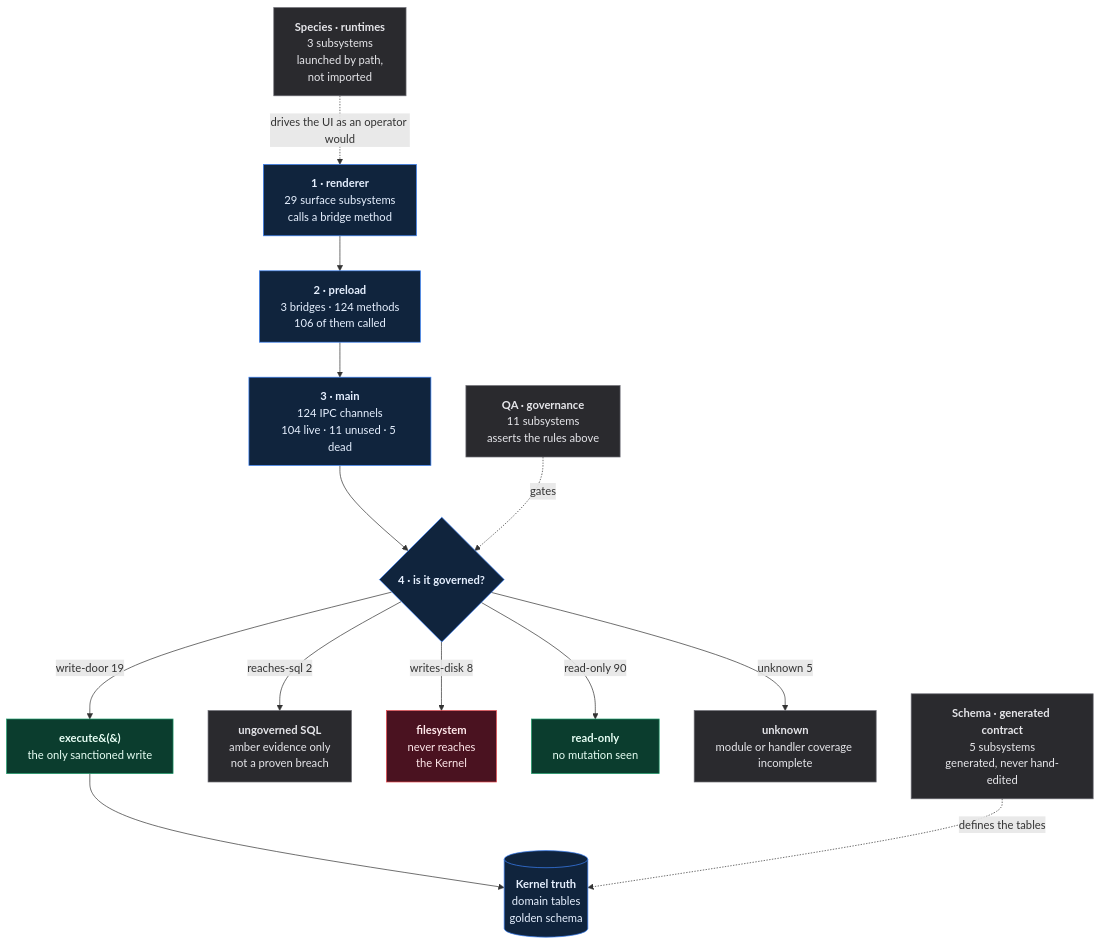
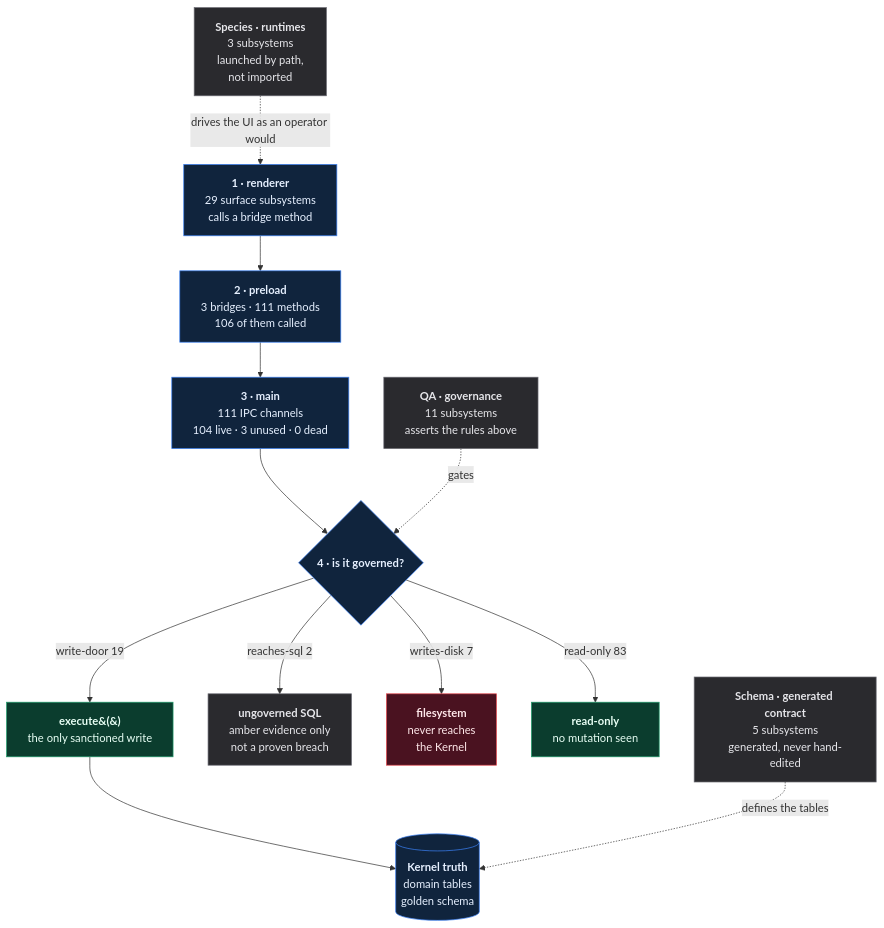
The diagram in qf-atlas/ATLAS.md (SidNig21/QuantFlow-Ontology), drawn with Mermaid before and after one commit. The commit also changed other lines of this file and 13 other files, not shown here.

````diff
--- a/qf-atlas/ATLAS.md
+++ b/qf-atlas/ATLAS.md
@@ -32,37 +32,35 @@
 ```mermaid
 flowchart TD
   R["<b>1 · renderer</b><br/>29 surface subsystems<br/>calls a bridge method"]
-  P["<b>2 · preload</b><br/>3 bridges · 124 methods<br/>106 of them called"]
-  M["<b>3 · main</b><br/>124 IPC channels<br/>104 live · 11 unused · 5 dead"]
+  P["<b>2 · preload</b><br/>3 bridges · 111 methods<br/>106 of them called"]
+  M["<b>3 · main</b><br/>111 IPC channels<br/>104 live · 3 unused · 0 dead"]
   H{"<b>4 · is it governed?</b>"}
   E["<b>execute&#40;&#41;</b><br/>the only sanctioned write"]
   DB[("<b>Kernel truth</b><br/>domain tables<br/>golden schema")]
 
   R --> P --> M --> H
   H -->|"write-door 19"| E
   E --> DB
   A["<b>ungoverned SQL</b><br/>amber evidence only<br/>not a proven breach"]
   H -->|"reaches-sql 2"| A
   FS["<b>filesystem</b><br/>never reaches<br/>the Kernel"]
-  H -->|"writes-disk 8"| FS
+  H -->|"writes-disk 7"| FS
   RO["<b>read-only</b><br/>no mutation seen"]
-  H -->|"read-only 90"| RO
-  U["<b>unknown</b><br/>module or handler coverage incomplete"]
-  H -->|"unknown 5"| U
+  H -->|"read-only 83"| RO
 
   QA["<b>QA · governance</b><br/>11 subsystems<br/>asserts the rules above"]
   SP["<b>Species · runtimes</b><br/>3 subsystems<br/>launched by path,<br/>not imported"]
   SC["<b>Schema · generated contract</b><br/>5 subsystems<br/>generated, never hand-edited"]
   QA -.->|"gates"| H
   SC -.->|"defines the tables"| DB
   SP -.->|"drives the UI as an operator would"| R
 
   classDef good fill:#0b3d2e,stroke:#1f9d6b,color:#e8fff5
   classDef bad fill:#4a1220,stroke:#e5484d,color:#ffe8ea
   classDef gray fill:#2a2a2e,stroke:#6b6b73,color:#e6e6ea
   classDef truth fill:#10243d,stroke:#3b82f6,color:#e6f0ff
   class E,RO good
   class FS bad
-  class A,U,QA,SP,SC gray
+  class A,QA,SP,SC gray
   class DB,R,P,M,H truth
 ```
````
